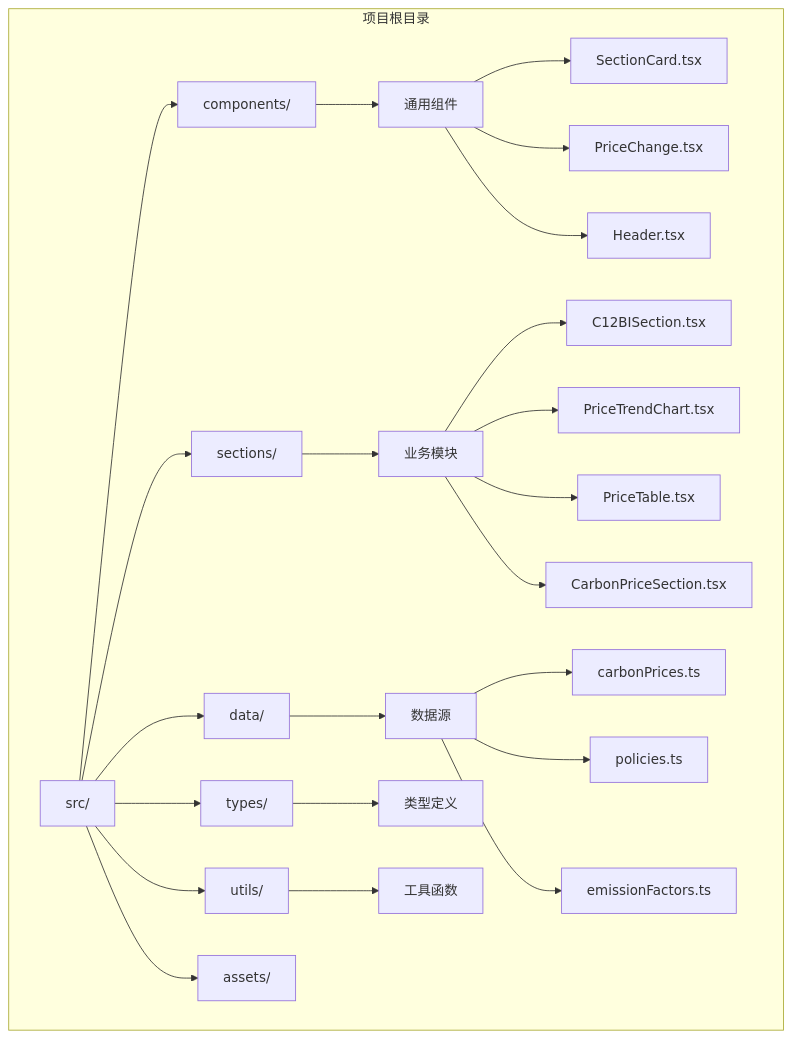
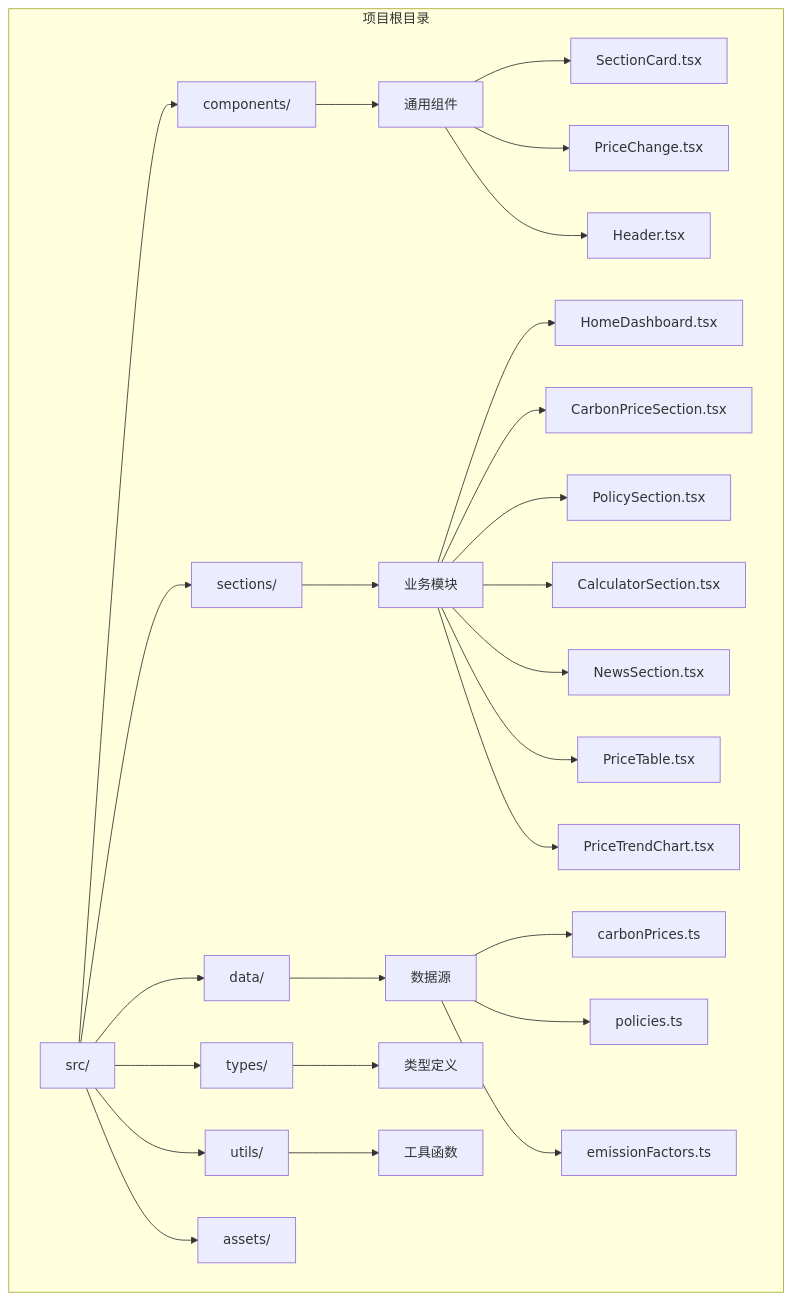
One commit to liangxuanliang-cmd/carbon-info-agent changed the first of 12 diagrams in .qoder/repowiki/zh/content/功能模块/数据仪表板模块.md. Above: the diagram before and after it, drawn with Mermaid. The commit also changed other lines of this file and 21 other files, not shown here.

````diff
--- a/.qoder/repowiki/zh/content/功能模块/数据仪表板模块.md
+++ b/.qoder/repowiki/zh/content/功能模块/数据仪表板模块.md
@@ -44,26 +47,29 @@
 ```mermaid
 graph TB
 subgraph "项目根目录"
 A[src/] --> B[components/]
 A --> C[sections/]
 A --> D[data/]
 A --> E[types/]
 A --> F[utils/]
 A --> G[assets/]
 B --> B1[通用组件]
 C --> C1[业务模块]
 D --> D1[数据源]
 E --> E1[类型定义]
 F --> F1[工具函数]
 B1 --> B2[SectionCard.tsx]
 B1 --> B3[PriceChange.tsx]
 B1 --> B4[Header.tsx]
-C1 --> C2[C12BISection.tsx]
-C1 --> C3[PriceTrendChart.tsx]
-C1 --> C4[PriceTable.tsx]
-C1 --> C5[CarbonPriceSection.tsx]
+C1 --> C2[HomeDashboard.tsx]
+C1 --> C3[CarbonPriceSection.tsx]
+C1 --> C4[PolicySection.tsx]
+C1 --> C5[CalculatorSection.tsx]
+C1 --> C6[NewsSection.tsx]
+C1 --> C7[PriceTable.tsx]
+C1 --> C8[PriceTrendChart.tsx]
 D1 --> D2[carbonPrices.ts]
 D1 --> D3[policies.ts]
 D1 --> D4[emissionFactors.ts]
 end
 ```
````
